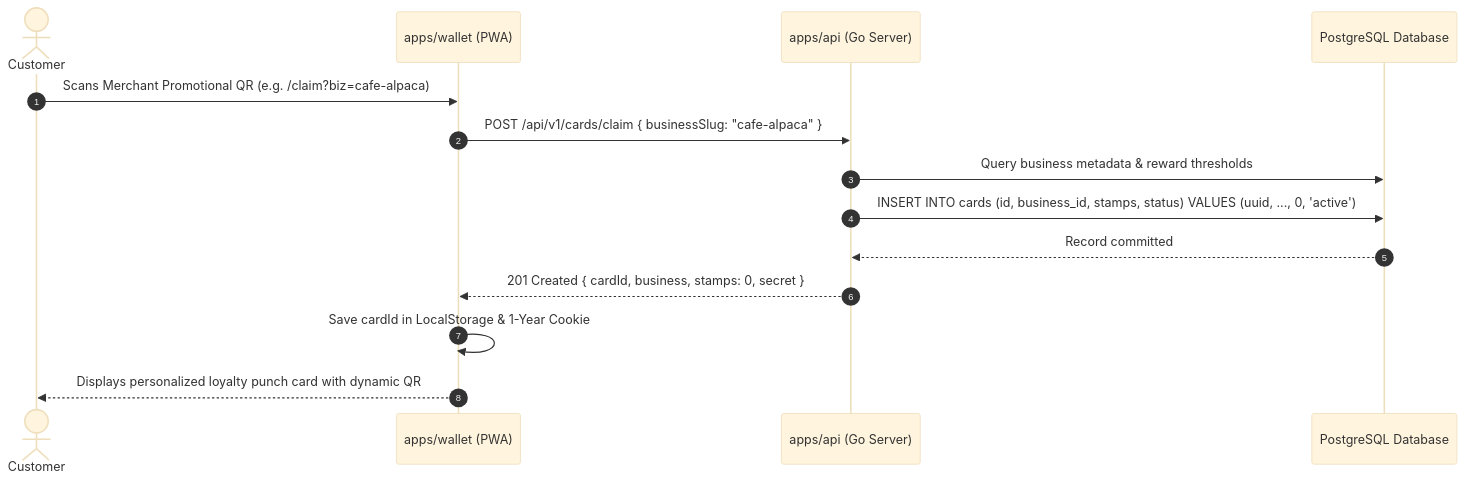
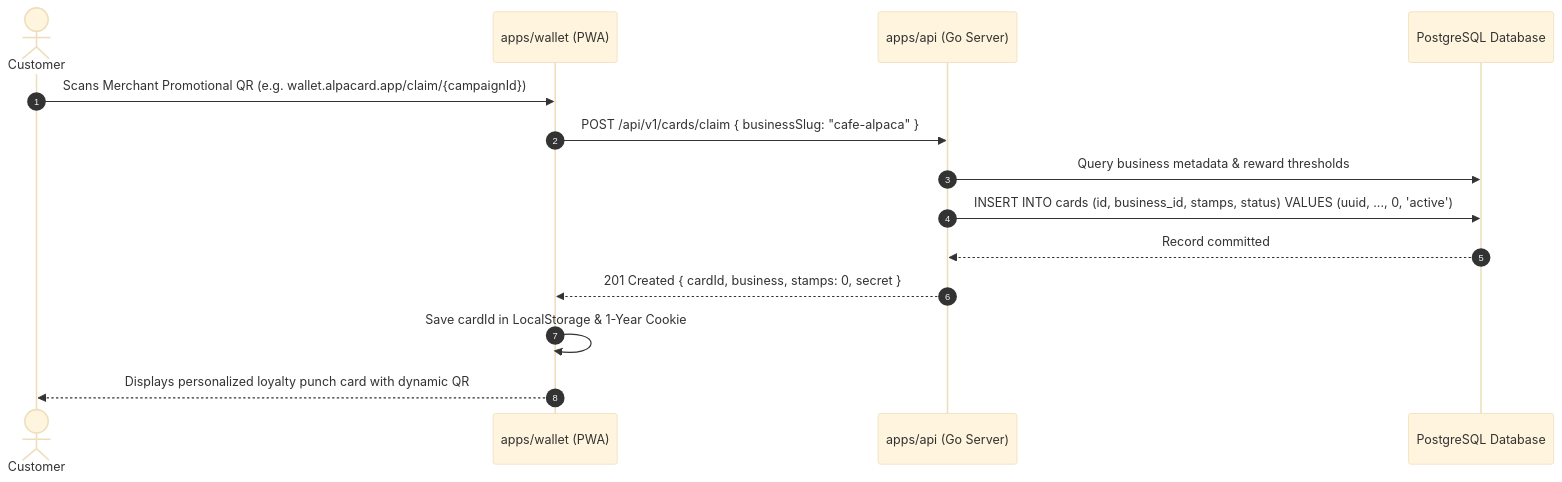
The second of 3 diagrams in wiki/Architecture-Overview.md (Gabmetal/alpacard-web), drawn with Mermaid (base theme) before and after one commit. The commit also changed other lines of this file and 36 other files, not shown here.

````diff
--- a/wiki/Architecture-Overview.md
+++ b/wiki/Architecture-Overview.md
@@ -100,17 +100,17 @@
 ```mermaid
 sequenceDiagram
     autonumber
     actor C as Customer
     participant W as apps/wallet (PWA)
     participant A as apps/api (Go Server)
     participant DB as PostgreSQL Database
 
-    C->>W: Scans Merchant Promotional QR (e.g. /claim?biz=cafe-alpaca)
+    C->>W: Scans Merchant Promotional QR (e.g. wallet.alpacard.app/claim/{campaignId})
     W->>A: POST /api/v1/cards/claim { businessSlug: "cafe-alpaca" }
     A->>DB: Query business metadata & reward thresholds
     A->>DB: INSERT INTO cards (id, business_id, stamps, status) VALUES (uuid, ..., 0, 'active')
     DB-->>A: Record committed
     A-->>W: 201 Created { cardId, business, stamps: 0, secret }
     W->>W: Save cardId in LocalStorage & 1-Year Cookie
     W-->>C: Displays personalized loyalty punch card with dynamic QR
 ```
````
